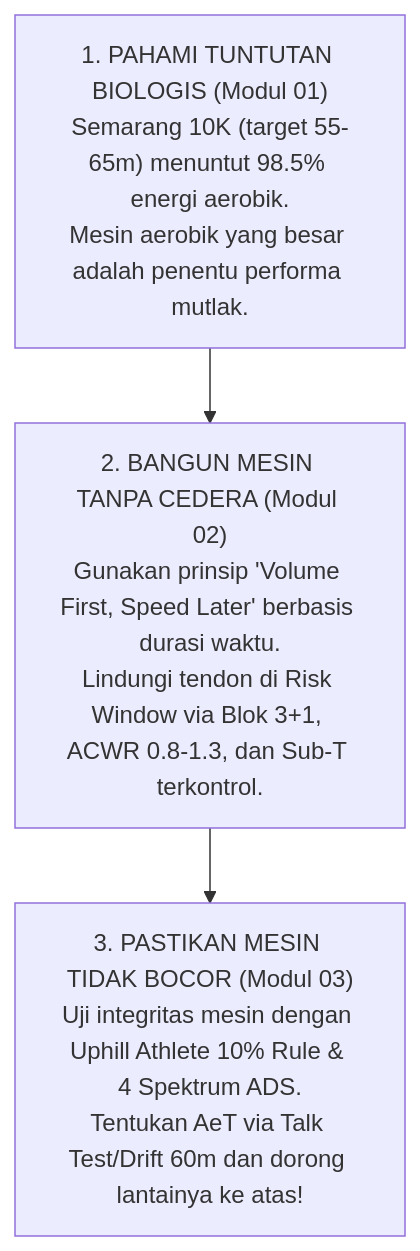
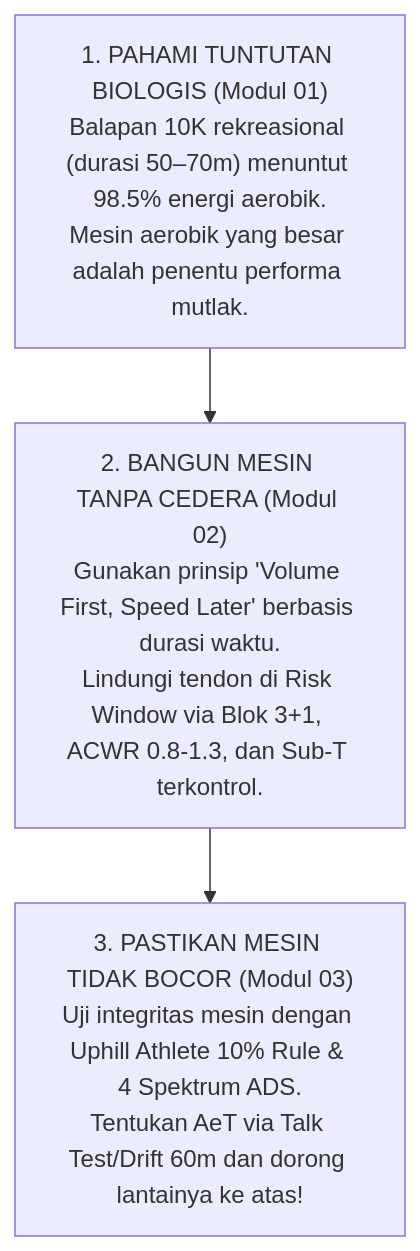
Before and after one commit to hadidwirsty/intervals-icu-mcp: the diagram in docs/references/aerobic-foundation/README.md, drawn with Mermaid. The commit also changed other lines of this file and 13 other files, not shown here.

````diff
--- a/docs/references/aerobic-foundation/README.md
+++ b/docs/references/aerobic-foundation/README.md
@@ -24,10 +24,10 @@
 ```mermaid
 flowchart TD
-    M1["1. PAHAMI TUNTUTAN BIOLOGIS (Modul 01)<br/>Semarang 10K (target 55-65m) menuntut 98.5% energi aerobik.<br/>Mesin aerobik yang besar adalah penentu performa mutlak."]
+    M1["1. PAHAMI TUNTUTAN BIOLOGIS (Modul 01)<br/>Balapan 10K rekreasional (durasi 50–70m) menuntut 98.5% energi aerobik.<br/>Mesin aerobik yang besar adalah penentu performa mutlak."]
     
     M2["2. BANGUN MESIN TANPA CEDERA (Modul 02)<br/>Gunakan prinsip 'Volume First, Speed Later' berbasis durasi waktu.<br/>Lindungi tendon di Risk Window via Blok 3+1, ACWR 0.8-1.3, dan Sub-T terkontrol."]
     
     M3["3. PASTIKAN MESIN TIDAK BOCOR (Modul 03)<br/>Uji integritas mesin dengan Uphill Athlete 10% Rule & 4 Spektrum ADS.<br/>Tentukan AeT via Talk Test/Drift 60m dan dorong lantainya ke atas!"]
 
     M1 --> M2 --> M3
 ```
````
